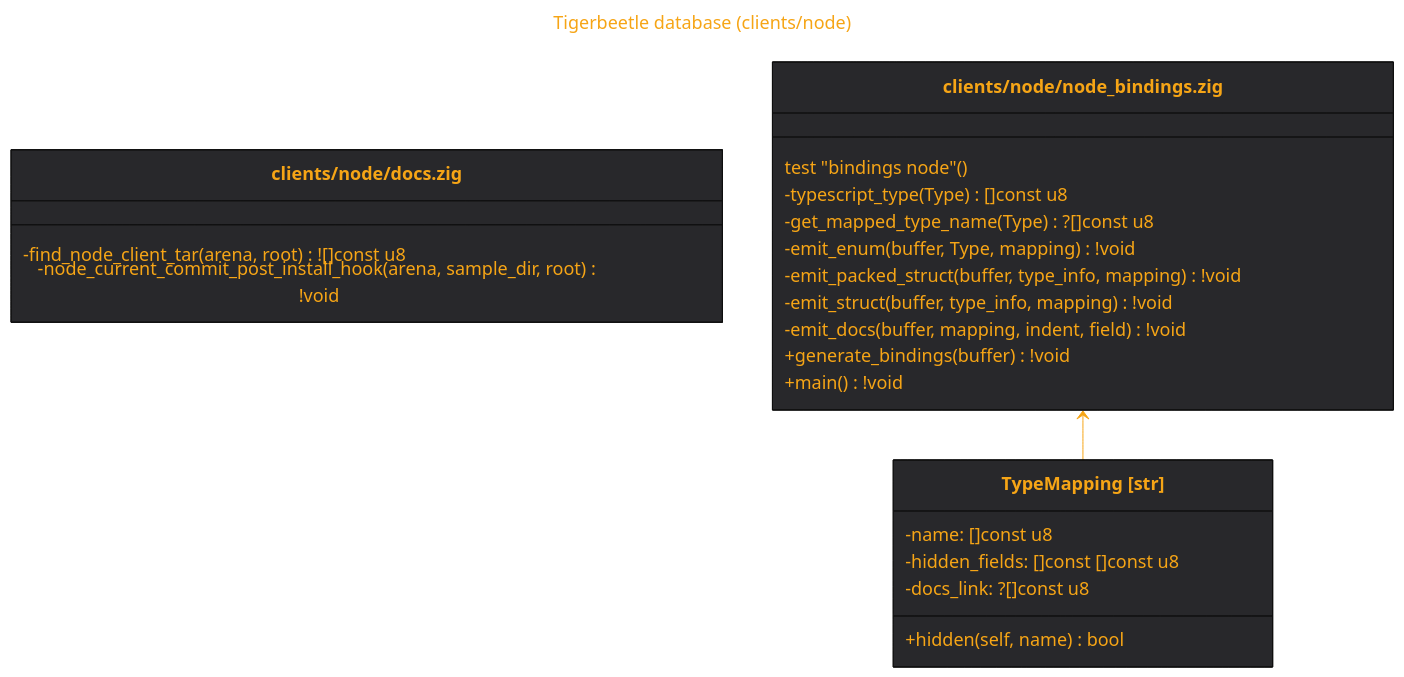
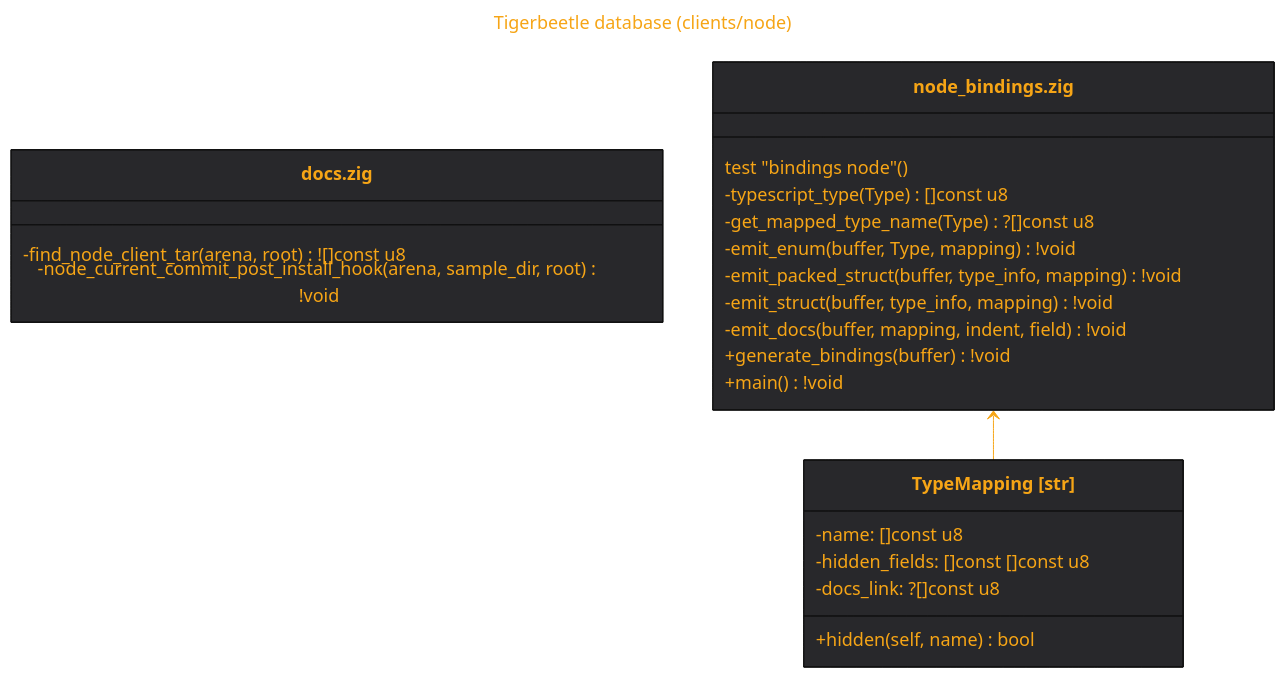
Before and after one commit to tensorush/meduza: the diagram in out/src.clients.node.md, drawn with Mermaid. The commit also changed 21 other files, not shown here.

````diff
--- a/out/src.clients.node.md
+++ b/out/src.clients.node.md
@@ -1,43 +1,43 @@
 ```mermaid
 ---
 title: Tigerbeetle database (clients/node)
 ---
 %%{
     init: {
         'theme': 'base',
         'themeVariables': {
             'fontSize': '18px',
             'fontFamily': 'arial',
             'lineColor': '#F6A516',
             'primaryColor': '#28282B',
             'primaryTextColor': '#F6A516'
         }
     }
 }%%
 classDiagram
-class `clients/node/docs.zig` {
+class `docs.zig` {
     -find_node_client_tar(arena, root) ![]const u8
     -node_current_commit_post_install_hook(arena, sample_dir, root) !void
 }
-link `clients/node/docs.zig` "https://github.com/tigerbeetle/tigerbeetle/blob/main/src/clients/node/docs.zig"
+link `docs.zig` "https://github.com/tigerbeetle/tigerbeetle/blob/main/src/clients/node/docs.zig"
 class TypeMapping["TypeMapping [str]"] {
     -name: []const u8
     -hidden_fields: []const []const u8
     -docs_link: ?[]const u8
     +hidden(self, name) bool
 }
 link TypeMapping "https://github.com/tigerbeetle/tigerbeetle/blob/main/src/clients/node/node_bindings.zig#L7"
-class `clients/node/node_bindings.zig` {
+class `node_bindings.zig` {
     test "bindings node"()
     -typescript_type(Type) []const u8
     -get_mapped_type_name(Type) ?[]const u8
     -emit_enum(buffer, Type, mapping) !void
     -emit_packed_struct(buffer, type_info, mapping) !void
     -emit_struct(buffer, type_info, mapping) !void
     -emit_docs(buffer, mapping, indent, field) !void
     +generate_bindings(buffer) !void
     +main() !void
 }
-`clients/node/node_bindings.zig` <-- TypeMapping
-link `clients/node/node_bindings.zig` "https://github.com/tigerbeetle/tigerbeetle/blob/main/src/clients/node/node_bindings.zig"
+`node_bindings.zig` <-- TypeMapping
+link `node_bindings.zig` "https://github.com/tigerbeetle/tigerbeetle/blob/main/src/clients/node/node_bindings.zig"
 ```
````
